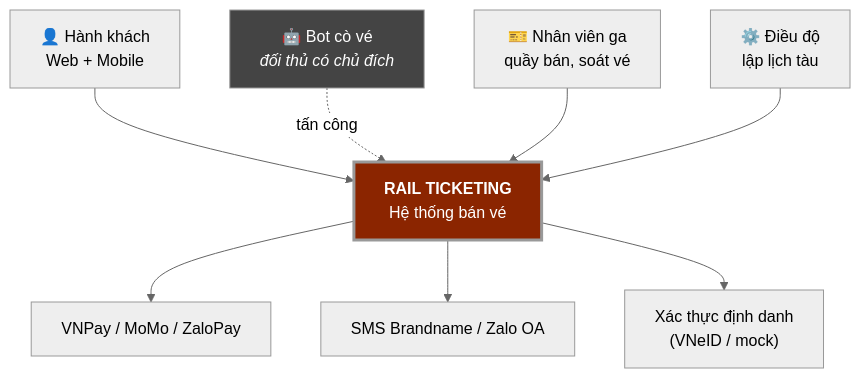
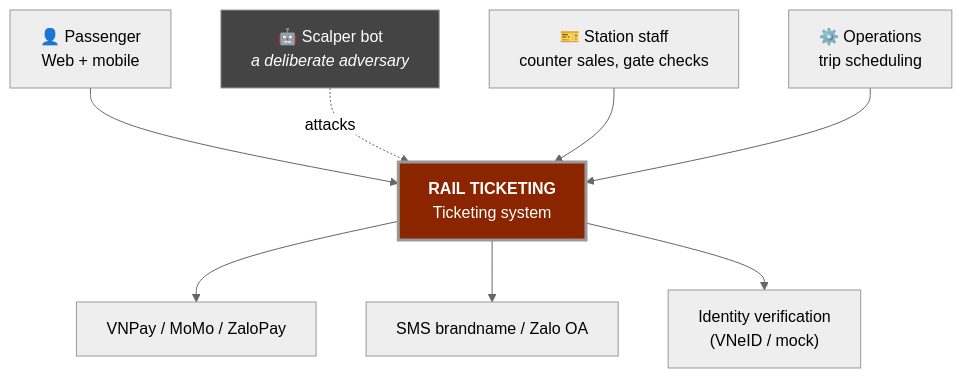
One commit to AndreNguyen03/rail-ticketing-v1 changed the first of 2 diagrams in docs/02-architecture.md. Above: the diagram before and after it, drawn with Mermaid (neutral theme). The commit also changed other lines of this file and 5 other files, not shown here.

````diff
--- a/docs/02-architecture.md
+++ b/docs/02-architecture.md
@@ -5,24 +5,24 @@
 ```mermaid
 graph TB
-    PAX["👤 Hành khách<br/>Web + Mobile"]
-    SCALPER["🤖 Bot cò vé<br/><i>đối thủ có chủ đích</i>"]
-    OPS["🎫 Nhân viên ga<br/>quầy bán, soát vé"]
-    ADMIN["⚙️ Điều độ<br/>lập lịch tàu"]
+    PAX["👤 Passenger<br/>Web + mobile"]
+    SCALPER["🤖 Scalper bot<br/><i>a deliberate adversary</i>"]
+    OPS["🎫 Station staff<br/>counter sales, gate checks"]
+    ADMIN["⚙️ Operations<br/>trip scheduling"]
 
-    SYS["<b>RAIL TICKETING</b><br/>Hệ thống bán vé"]
+    SYS["<b>RAIL TICKETING</b><br/>Ticketing system"]
 
     VNPAY["VNPay / MoMo / ZaloPay"]
-    SMS["SMS Brandname / Zalo OA"]
-    CCCD["Xác thực định danh<br/>(VNeID / mock)"]
+    SMS["SMS brandname / Zalo OA"]
+    CCCD["Identity verification<br/>(VNeID / mock)"]
 
     PAX --> SYS
-    SCALPER -.->|tấn công| SYS
+    SCALPER -.->|attacks| SYS
     OPS --> SYS
     ADMIN --> SYS
     SYS --> VNPAY
     SYS --> SMS
     SYS --> CCCD
 
     style SYS fill:#8b2500,color:#fff,stroke-width:3px
     style SCALPER fill:#444,color:#fff
 ```
````
